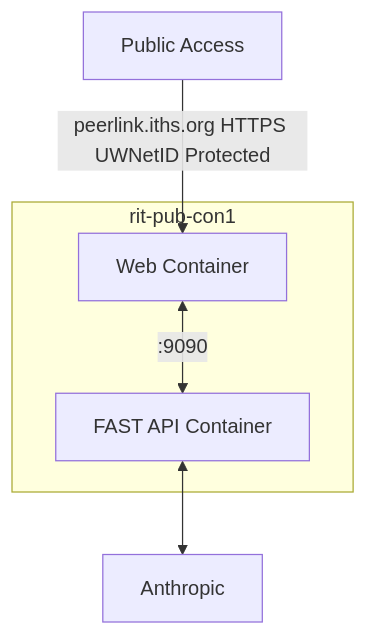
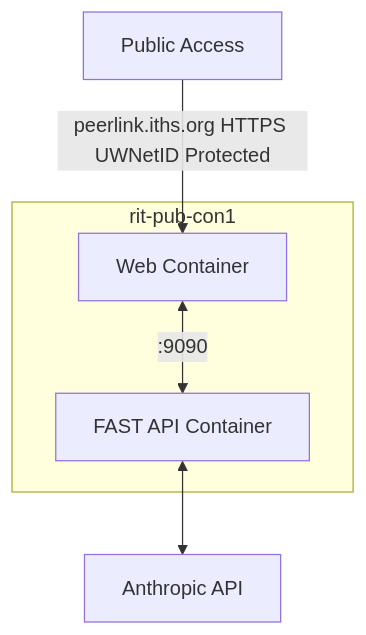
The diagram in README.md (uwrit/PeerLink), drawn with Mermaid before and after one commit. The commit also changed 20 other files, not shown here.

````diff
--- a/README.md
+++ b/README.md
@@ -4,12 +4,12 @@
 ```mermaid
 flowchart TD;
 
-AA[Anthropic]
+AA[Anthropic API]
 ZZ[Public Access] --> |peerlink.iths.org HTTPS UWNetID Protected| B
 subgraph rit-pub-con1;
 A[FAST API Container]
 B[Web Container]
 B <--> |:9090| A
 end
 A <--> AA
 ```
````
